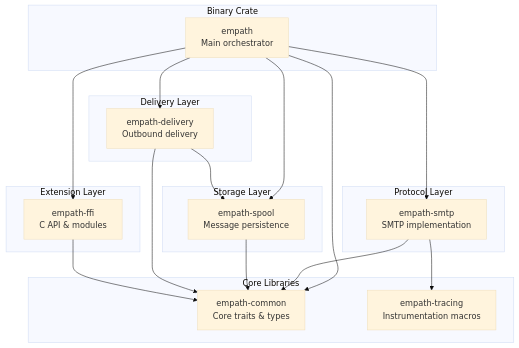
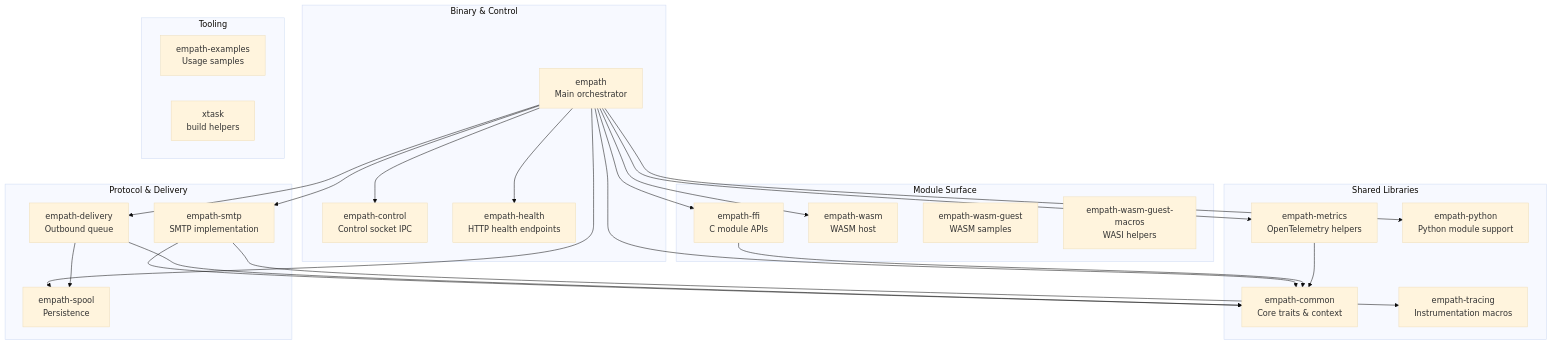
The second of 10 diagrams in docs/ARCHITECTURE.md (Pyxxilated-Studios/empath), drawn with Mermaid (base theme) before and after one commit. The commit also changed other lines of this file and 4 other files, not shown here.

````diff
--- a/docs/ARCHITECTURE.md
+++ b/docs/ARCHITECTURE.md
@@ -71,40 +71,51 @@
 ```mermaid
 graph TD
-    subgraph "Binary Crate"
+    subgraph "Binary & Control"
         Main[empath<br/>Main orchestrator]
+        Control[empath-control<br/>Control socket IPC]
+        Health[empath-health<br/>HTTP health endpoints]
     end
 
-    subgraph "Core Libraries"
-        Common[empath-common<br/>Core traits & types]
+    subgraph "Shared Libraries"
+        Common[empath-common<br/>Core traits & context]
         Tracing[empath-tracing<br/>Instrumentation macros]
+        Metrics[empath-metrics<br/>OpenTelemetry helpers]
+        Python[empath-python<br/>Python module support]
     end
 
-    subgraph "Protocol Layer"
+    subgraph "Protocol & Delivery"
         SMTP[empath-smtp<br/>SMTP implementation]
+        Delivery[empath-delivery<br/>Outbound queue]
+        Spool[empath-spool<br/>Persistence]
     end
 
-    subgraph "Storage Layer"
-        Spool[empath-spool<br/>Message persistence]
+    subgraph "Module Surface"
+        FFI[empath-ffi<br/>C module APIs]
+        WasmHost[empath-wasm<br/>WASM host]
+        WasmGuest[empath-wasm-guest<br/>WASM samples]
+        WasmMacros[empath-wasm-guest-macros<br/>WASI helpers]
     end
 
-    subgraph "Delivery Layer"
-        Delivery[empath-delivery<br/>Outbound delivery]
+    subgraph "Tooling"
+        Examples[empath-examples<br/>Usage samples]
+        Xt[xtask<br/>build helpers]
     end
 
-    subgraph "Extension Layer"
-        FFI[empath-ffi<br/>C API & modules]
-    end
-
+    Main --> Control
+    Main --> Health
     Main --> Common
     Main --> SMTP
+    Main --> Delivery
     Main --> Spool
-    Main --> Delivery
+    Main --> Metrics
+    Main --> Python
     Main --> FFI
+    Main --> WasmHost
 
     SMTP --> Common
     SMTP --> Tracing
-    Spool --> Common
     Delivery --> Common
     Delivery --> Spool
     FFI --> Common
+    Metrics --> Common
 ```
````
